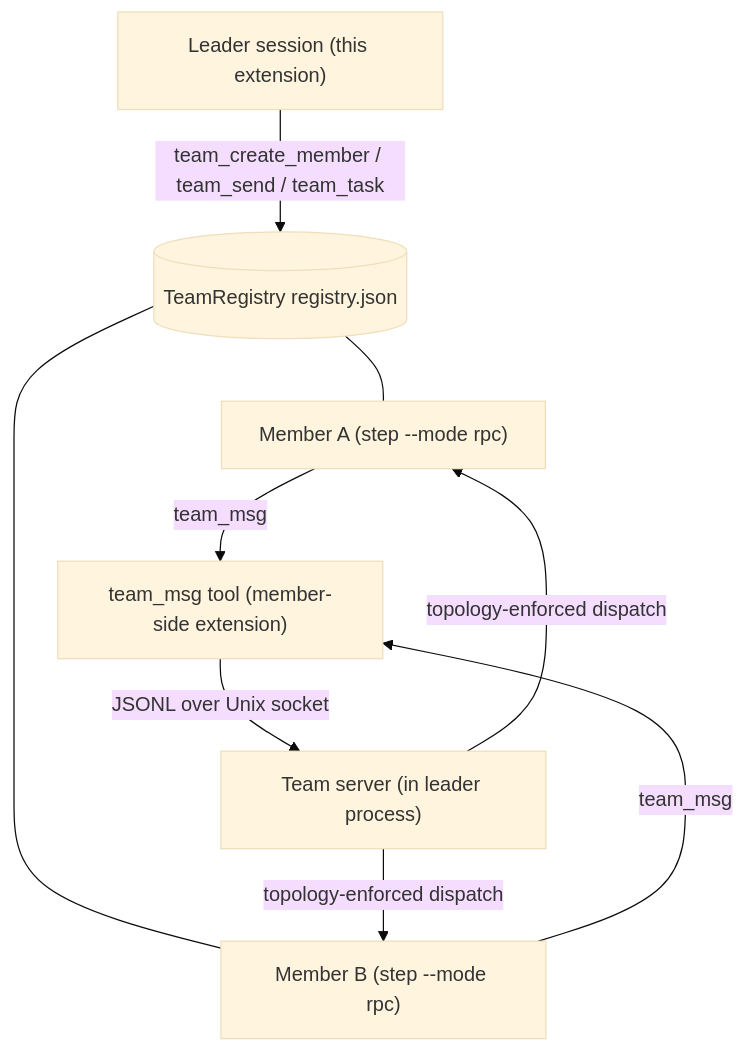
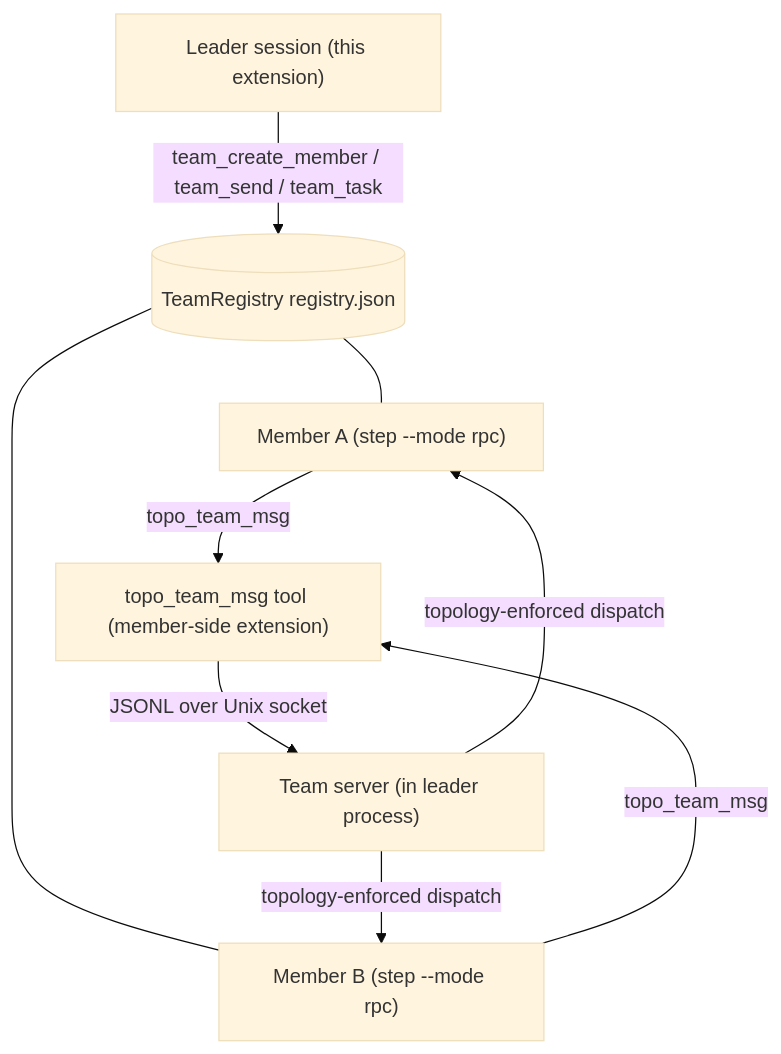
Before and after one commit to CTCingithub/Step-Code-Agent-Team: the first of 6 diagrams in README.md, drawn with Mermaid (base theme). The commit also changed other lines of this file and 20 other files, not shown here.

First line of the commit message:
refactor: rename team_msg → topo_team_msg; drop the stale no-bash messaging warnings

````diff
--- a/README.md
+++ b/README.md
@@ -20,18 +20,18 @@
 ```mermaid
 flowchart TD
     Leader["Leader session (this extension)"]
     Registry[("TeamRegistry registry.json")]
     A["Member A (step --mode rpc)"]
     B["Member B (step --mode rpc)"]
-    MsgTool["team_msg tool (member-side extension)"]
+    MsgTool["topo_team_msg tool (member-side extension)"]
     Server["Team server (in leader process)"]
 
     Leader -->|"team_create_member / team_send / team_task"| Registry
     Registry --- A
     Registry --- B
-    A -->|"team_msg"| MsgTool
-    B -->|"team_msg"| MsgTool
+    A -->|"topo_team_msg"| MsgTool
+    B -->|"topo_team_msg"| MsgTool
     MsgTool -->|"JSONL over Unix socket"| Server
     Server -->|"topology-enforced dispatch"| A
     Server -->|"topology-enforced dispatch"| B
 ```
````
